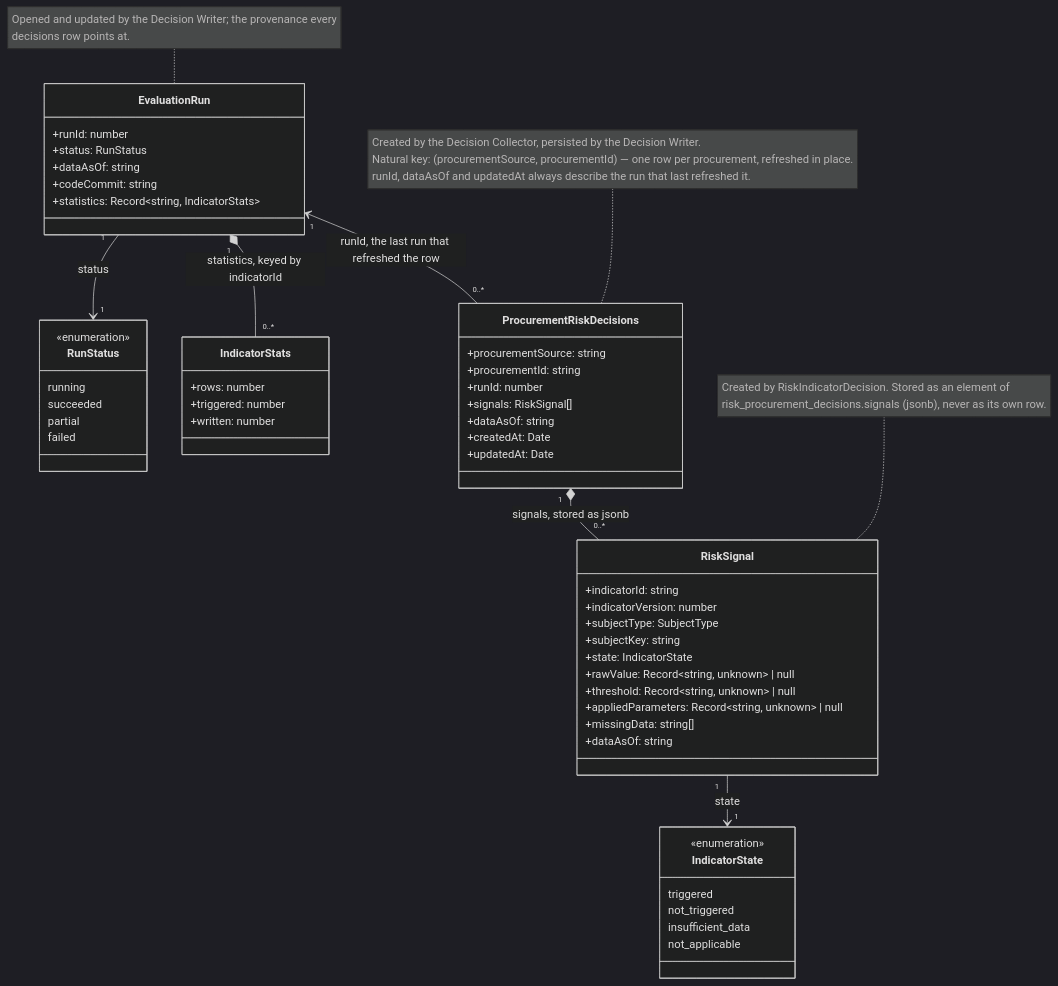
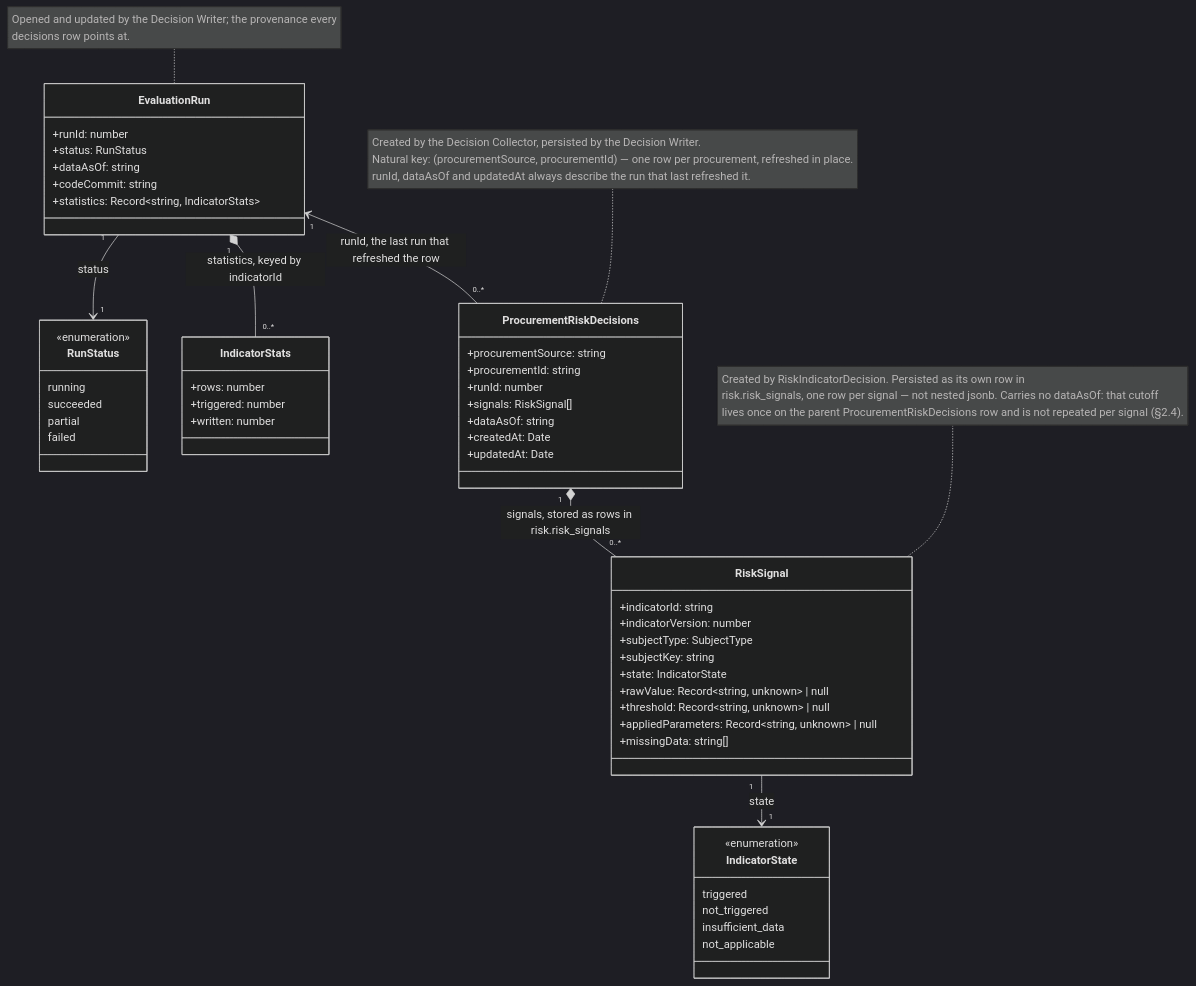
Before and after one commit to Viespirkiu-grupe/viespirkiai: the fourth of 5 diagrams in docs/indicators-story/risk-service-architecture.md, drawn with Mermaid (dark theme). The commit also changed other lines of this file, not shown here.

Commit message:
risk signal db separation

````diff
--- a/docs/indicators-story/risk-service-architecture.md
+++ b/docs/indicators-story/risk-service-architecture.md
@@ -209,68 +214,68 @@
 ```mermaid
 classDiagram
     class ProcurementRiskDecisions {
         +procurementSource: string
         +procurementId: string
         +runId: number
         +signals: RiskSignal[]
         +dataAsOf: string
         +createdAt: Date
         +updatedAt: Date
     }
     note for ProcurementRiskDecisions "Created by the Decision Collector, persisted by the Decision Writer.
     Natural key: (procurementSource, procurementId) — one row per procurement, refreshed in place.
     runId, dataAsOf and updatedAt always describe the run that last refreshed it."
 
     class RiskSignal {
         +indicatorId: string
         +indicatorVersion: number
         +subjectType: SubjectType
         +subjectKey: string
         +state: IndicatorState
         +rawValue: Record~string, unknown~ | null
         +threshold: Record~string, unknown~ | null
         +appliedParameters: Record~string, unknown~ | null
         +missingData: string[]
-        +dataAsOf: string
     }
-    note for RiskSignal "Created by RiskIndicatorDecision. Stored as an element of
-    risk_procurement_decisions.signals (jsonb), never as its own row."
+    note for RiskSignal "Created by RiskIndicatorDecision. Persisted as its own row in
+    risk.risk_signals, one row per signal — not nested jsonb. Carries no dataAsOf: that cutoff
+    lives once on the parent ProcurementRiskDecisions row and is not repeated per signal (§2.4)."
 
     class IndicatorState {
         <<enumeration>>
         triggered
         not_triggered
         insufficient_data
         not_applicable
     }
 
     class EvaluationRun {
         +runId: number
         +status: RunStatus
         +dataAsOf: string
         +codeCommit: string
         +statistics: Record~string, IndicatorStats~
     }
     note for EvaluationRun "Opened and updated by the Decision Writer; the provenance every
     decisions row points at."
 
     class IndicatorStats {
         +rows: number
         +triggered: number
         +written: number
     }
 
     class RunStatus {
         <<enumeration>>
         running
         succeeded
         partial
         failed
     }
 
     EvaluationRun "1" --> "1" RunStatus: status
     EvaluationRun "1" *-- "0..*" IndicatorStats: statistics, keyed by indicatorId
     EvaluationRun "1" <-- "0..*" ProcurementRiskDecisions: runId, the last run that refreshed the row
-    ProcurementRiskDecisions "1" *-- "0..*" RiskSignal: signals, stored as jsonb
+    ProcurementRiskDecisions "1" *-- "0..*" RiskSignal: signals, stored as rows in risk.risk_signals
     RiskSignal "1" --> "1" IndicatorState: state
 ```
````
